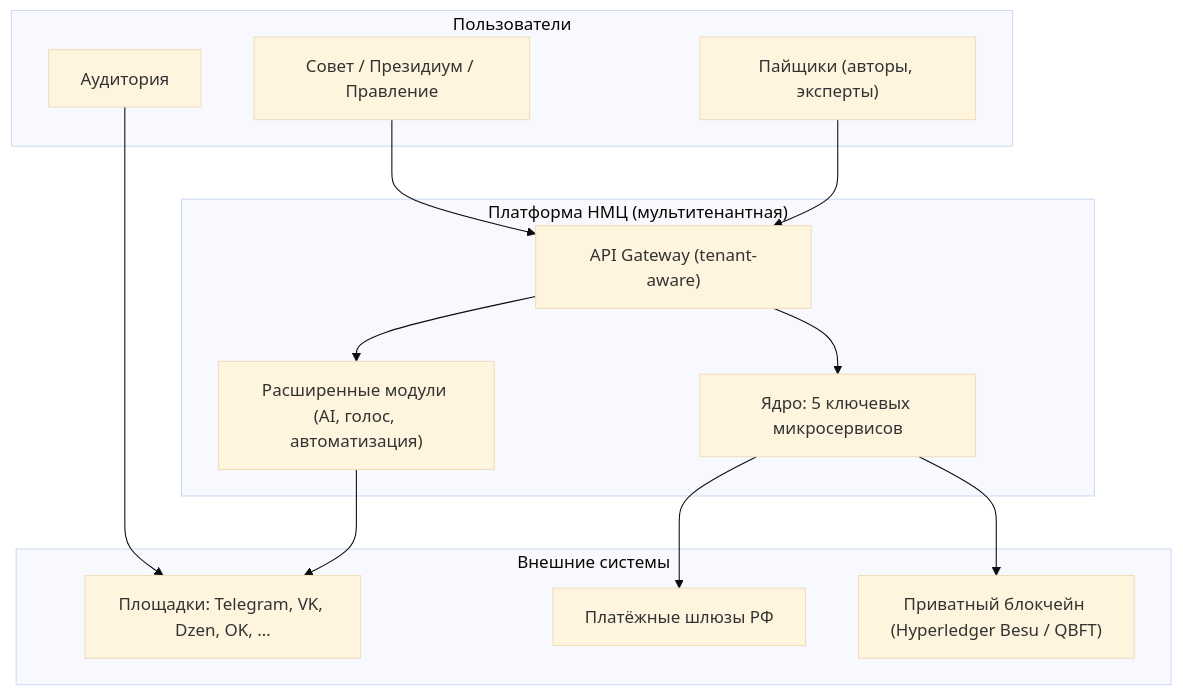
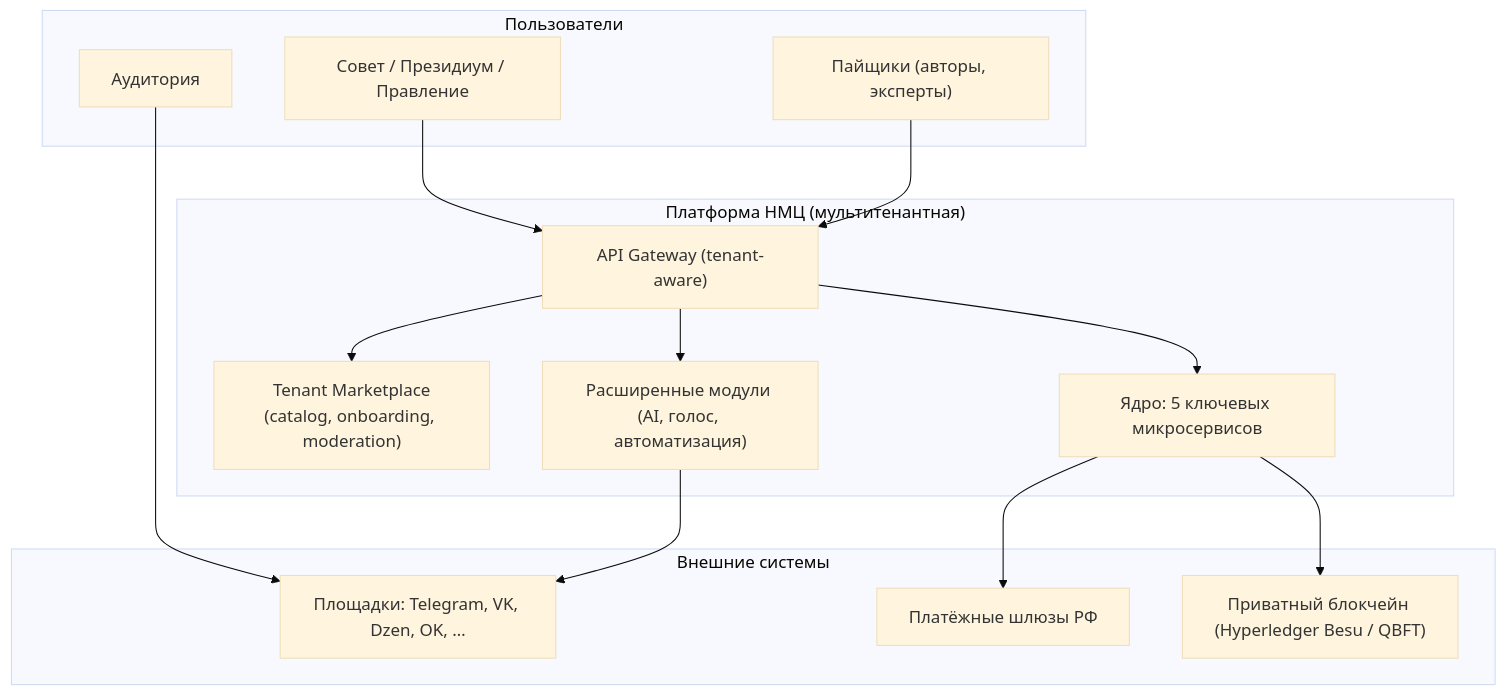
Before and after one commit to xlabtg/Media_Center: the first of 5 diagrams in docs/ARCHITECTURE.md, drawn with Mermaid (base theme). The commit also changed other lines of this file and 8 other files, not shown here.

````diff
--- a/docs/ARCHITECTURE.md
+++ b/docs/ARCHITECTURE.md
@@ -34,29 +34,31 @@
 ```mermaid
 flowchart TB
     subgraph Users["Пользователи"]
         Council["Совет / Президиум / Правление"]
         Member["Пайщики (авторы, эксперты)"]
         Audience["Аудитория"]
     end
 
     subgraph NMC["Платформа НМЦ (мультитенантная)"]
         Gateway["API Gateway (tenant-aware)"]
+        Marketplace["Tenant Marketplace\n(catalog, onboarding, moderation)"]
         Core["Ядро: 5 ключевых микросервисов"]
         Ext["Расширенные модули (AI, голос, автоматизация)"]
     end
 
     subgraph External["Внешние системы"]
         Platforms["Площадки: Telegram, VK, Dzen, OK, …"]
         Pay["Платёжные шлюзы РФ"]
         Chain["Приватный блокчейн (Hyperledger Besu / QBFT)"]
     end
 
     Council --> Gateway
     Member --> Gateway
     Audience --> Platforms
+    Gateway --> Marketplace
     Gateway --> Core
     Gateway --> Ext
     Core --> Chain
     Ext --> Platforms
     Core --> Pay
 ```
````
